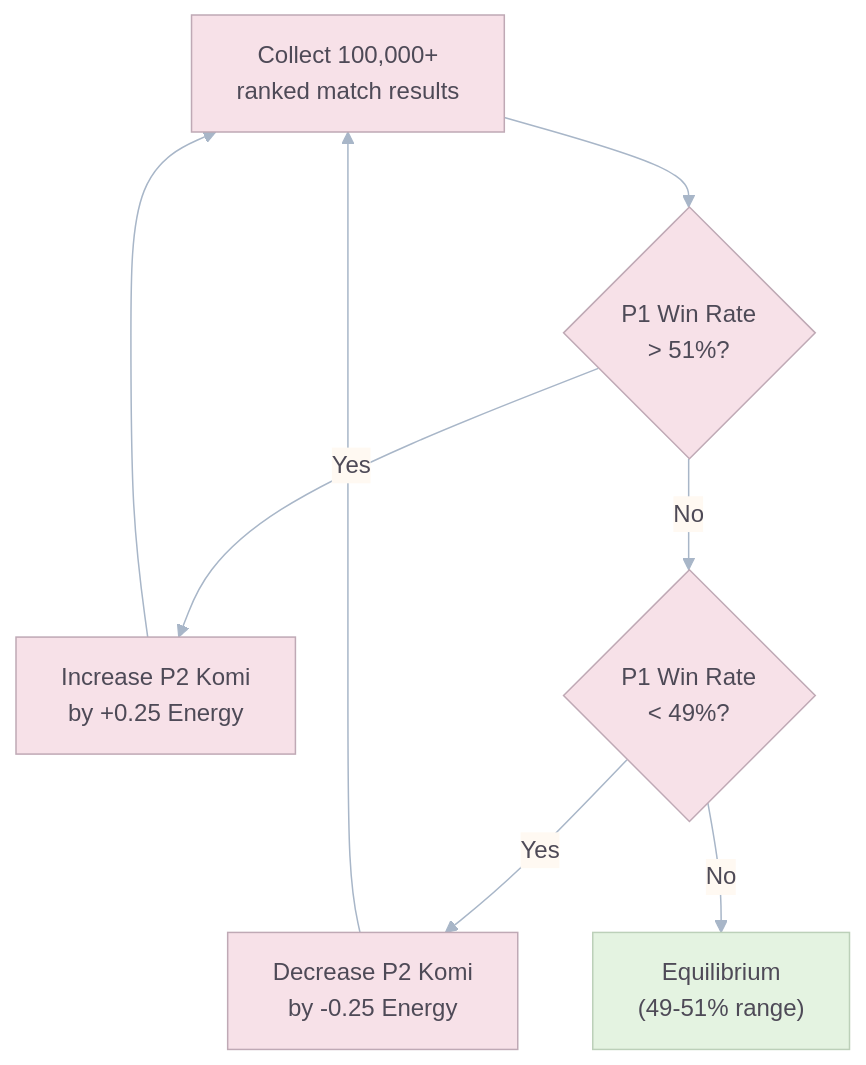
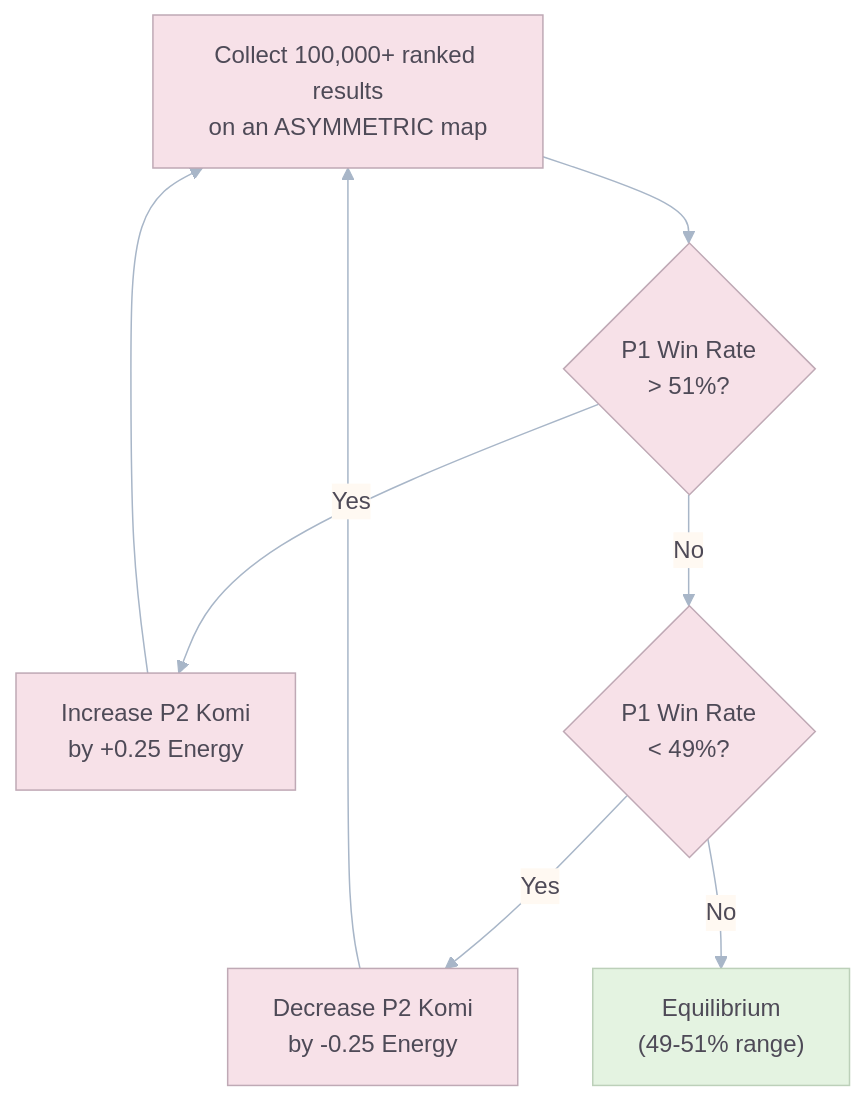
One commit to unknown-studios-code/goo-galaxy changed the first of 2 diagrams in .docs/GDD/02_Mathematics_and_Balancing.md. Above: the diagram before and after it, drawn with Mermaid. The commit also changed other lines of this file and 54 other files, not shown here.

````diff
--- a/.docs/GDD/02_Mathematics_and_Balancing.md
+++ b/.docs/GDD/02_Mathematics_and_Balancing.md
@@ -199,13 +295,13 @@
 ```mermaid
 %%{init: {"theme":"base","themeVariables":{"primaryColor":"#F7E1E8","secondaryColor":"#DCEBF7","tertiaryColor":"#E4F3E1","primaryBorderColor":"#BFA9B5","lineColor":"#A8B6C8","primaryTextColor":"#4E4A57","clusterBkg":"#FAF5EA","clusterBorder":"#CDBFAF","edgeLabelBackground":"#FFF9F2","noteBkgColor":"#F7F1FA","noteTextColor":"#4E4A57","taskBkgColor":"#DCEBF7","taskTextColor":"#4E4A57","taskTextOutsideColor":"#4E4A57","sectionBkgColor":"#E4F3E1","sectionBorderColor":"#BCD0B9","gridColor":"#E8DDD3","todayLineColor":"#C7A7B5","actorBkg":"#F7E1E8","actorBorder":"#BFA9B5","actorTextColor":"#4E4A57","signalColor":"#A8B6C8","signalTextColor":"#4E4A57","labelBoxBkgColor":"#FFF9F2","labelBoxBorderColor":"#CDBFAF","labelTextColor":"#4E4A57"}}}%%
 flowchart TD
-    A["Collect 100,000+<br/>ranked match results"] --> B{"P1 Win Rate<br/>> 51%?"}
+    A["Collect 100,000+ ranked results<br/>on an ASYMMETRIC map"] --> B{"P1 Win Rate<br/>> 51%?"}
     B -- Yes --> C["Increase P2 Komi<br/>by +0.25 Energy"]
     B -- No --> D{"P1 Win Rate<br/>< 49%?"}
     D -- Yes --> E["Decrease P2 Komi<br/>by -0.25 Energy"]
     D -- No --> F["Equilibrium<br/>(49-51% range)"]
 
     style F fill:#E4F3E1,color:#4E4A57,stroke:#BCD0B9
     C --> A
     E --> A
 ```
````
